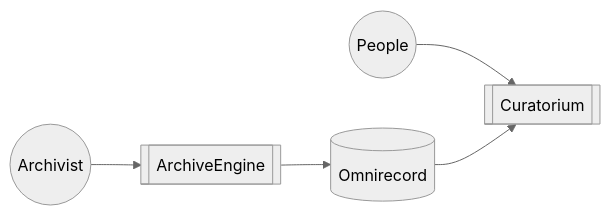
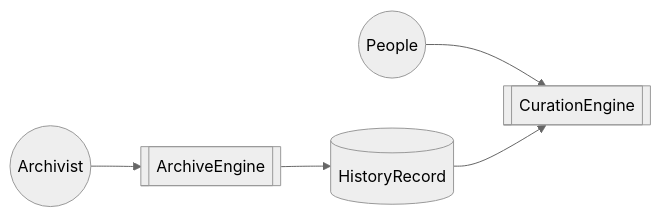
The diagram in README.md (butackle/ChronicleStore), drawn with Mermaid (neutral theme) before and after one commit. The commit also changed other lines of this file, not shown here.

Commit message:
update README.md with CurationEngine and HistoryRecord descriptions

````diff
--- a/README.md
+++ b/README.md
@@ -3,7 +3,7 @@
 ```mermaid
 flowchart LR
-  P((People)) --> CR[[Curatorium]]
+  P((People)) --> CE[[CurationEngine]]
   A((Archivist)) --> AE[[ArchiveEngine]]
-  AE --> OR[(Omnirecord)]
-  OR --> CR
+  AE --> HR[(HistoryRecord)]
+  HR --> CE
 ```
````
